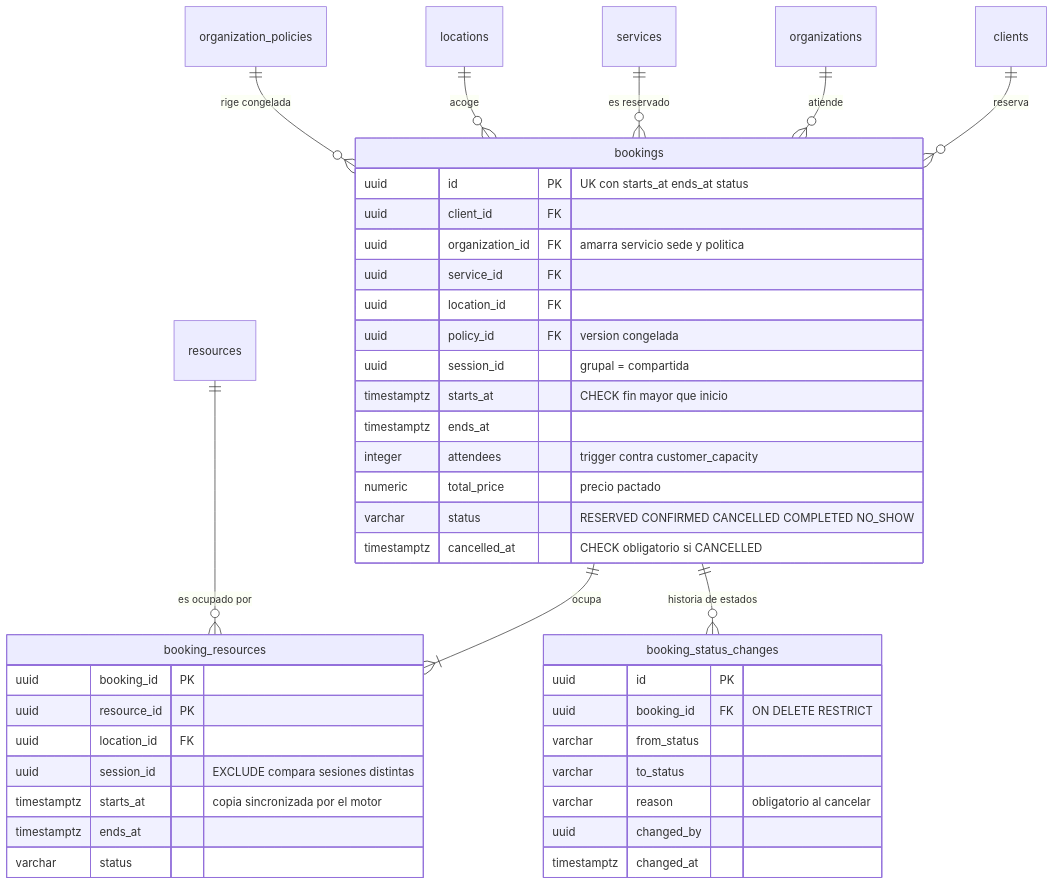
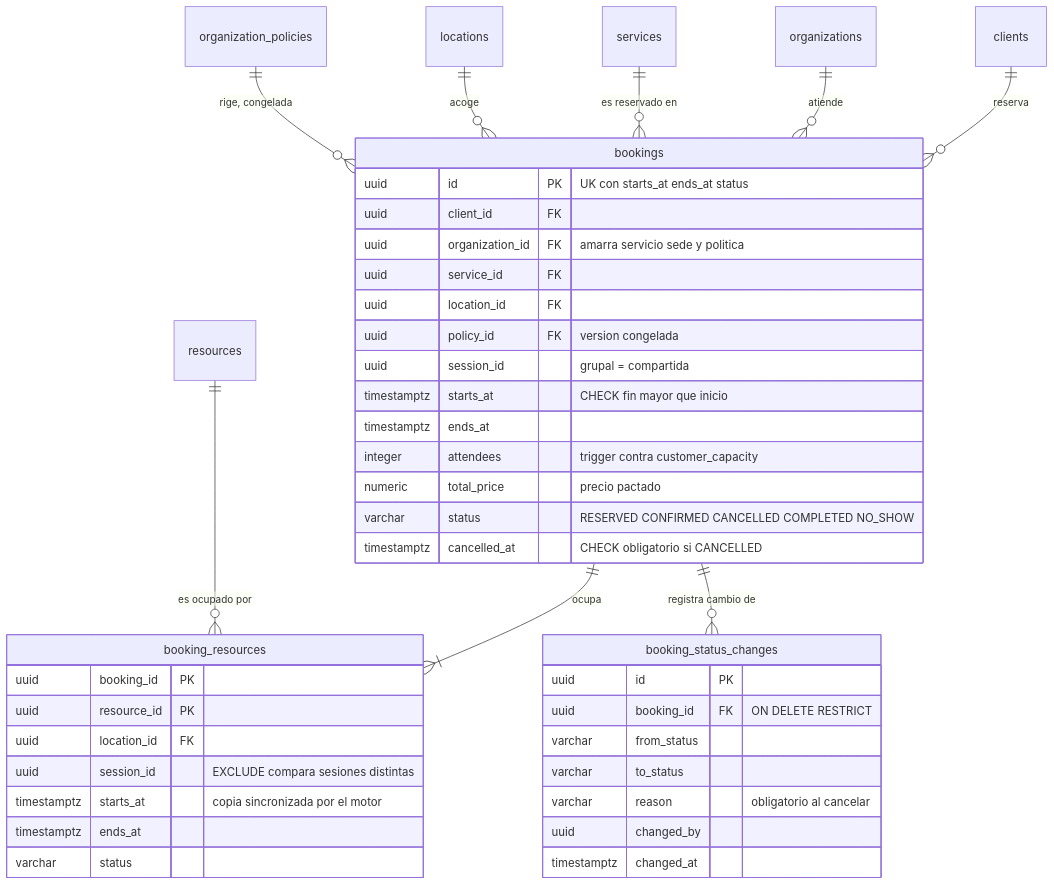
The third of 3 diagrams in README.md (andersonhg19/bookingplatform-BDs), drawn with Mermaid before and after one commit. The commit also changed other lines of this file and 5 other files, not shown here.

First line of the commit message:
refactor: rehace el diagrama ER en cuatro paginas tematicas

````diff
--- a/README.md
+++ b/README.md
@@ -332,45 +332,45 @@
 ```mermaid
 erDiagram
     clients ||--o{ bookings : "reserva"
     organizations ||--o{ bookings : "atiende"
-    services ||--o{ bookings : "es reservado"
+    services ||--o{ bookings : "es reservado en"
     locations ||--o{ bookings : "acoge"
-    organization_policies ||--o{ bookings : "rige congelada"
+    organization_policies ||--o{ bookings : "rige, congelada"
     bookings ||--|{ booking_resources : "ocupa"
     resources ||--o{ booking_resources : "es ocupado por"
-    bookings ||--o{ booking_status_changes : "historia de estados"
+    bookings ||--o{ booking_status_changes : "registra cambio de"
 
     bookings {
         uuid id PK "UK con starts_at ends_at status"
         uuid client_id FK
         uuid organization_id FK "amarra servicio sede y politica"
         uuid service_id FK
         uuid location_id FK
         uuid policy_id FK "version congelada"
         uuid session_id "grupal = compartida"
         timestamptz starts_at "CHECK fin mayor que inicio"
         timestamptz ends_at
         integer attendees "trigger contra customer_capacity"
         numeric total_price "precio pactado"
         varchar status "RESERVED CONFIRMED CANCELLED COMPLETED NO_SHOW"
         timestamptz cancelled_at "CHECK obligatorio si CANCELLED"
     }
     booking_resources {
         uuid booking_id PK
         uuid resource_id PK
         uuid location_id FK
         uuid session_id "EXCLUDE compara sesiones distintas"
         timestamptz starts_at "copia sincronizada por el motor"
         timestamptz ends_at
         varchar status
     }
     booking_status_changes {
         uuid id PK
         uuid booking_id FK "ON DELETE RESTRICT"
         varchar from_status
         varchar to_status
         varchar reason "obligatorio al cancelar"
         uuid changed_by
         timestamptz changed_at
     }
 ```
````
